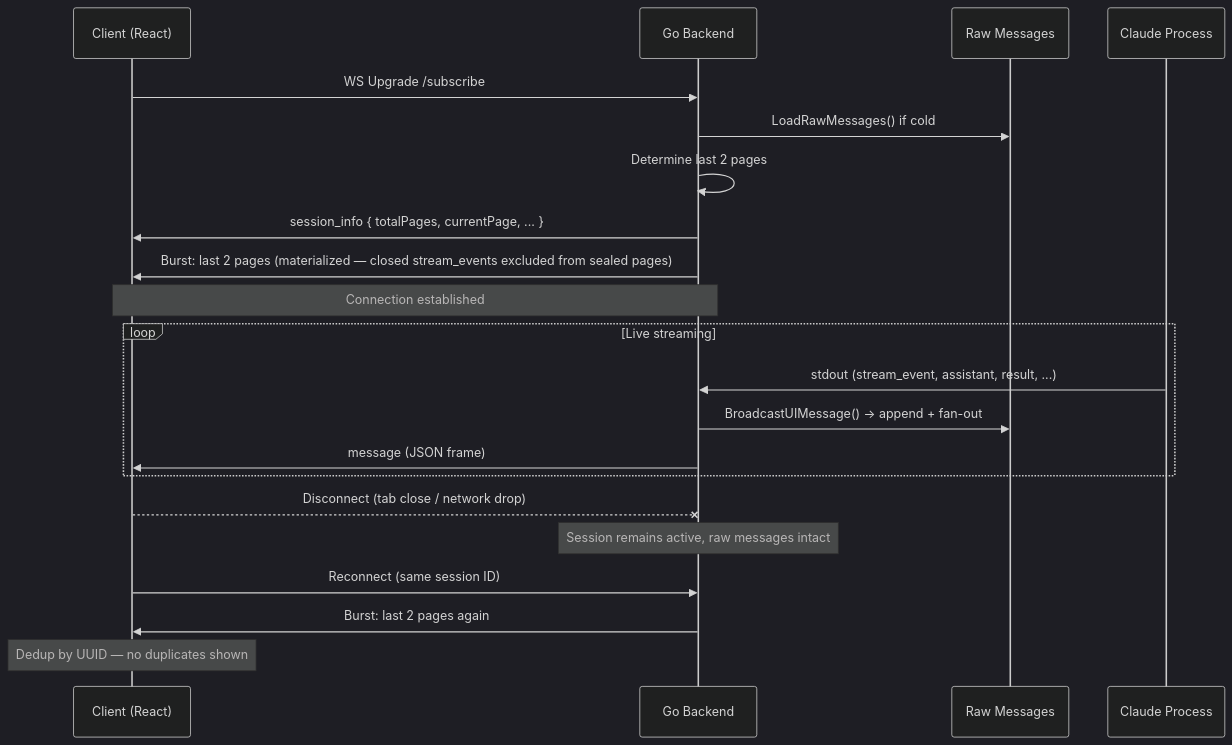
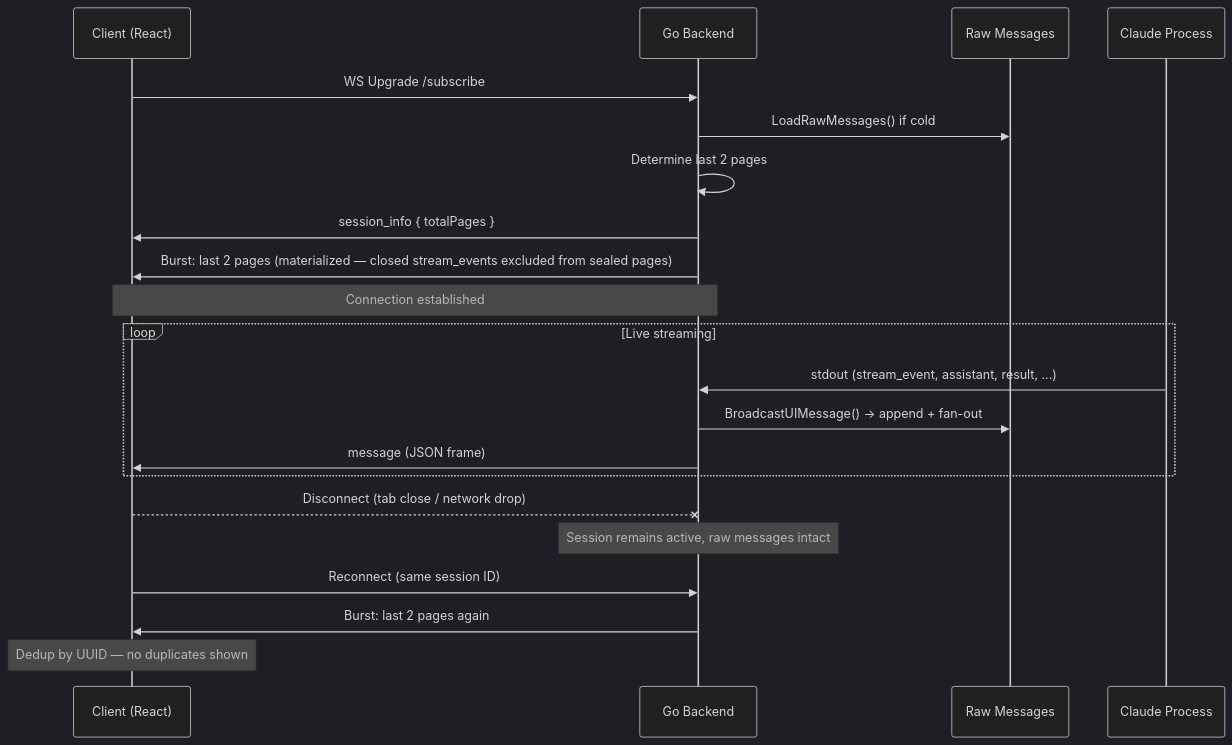
The second of 3 diagrams in src/content/docs/internal/claude-code/session-messages-review.md (xiaoyuanzhu-com/my-life-db-docs), drawn with Mermaid (dark theme) before and after one commit. The commit also changed other lines of this file, not shown here.

First line of the commit message:
docs: simplify session_info and refine pagination tracking in session messages review

````diff
--- a/src/content/docs/internal/claude-code/session-messages-review.md
+++ b/src/content/docs/internal/claude-code/session-messages-review.md
@@ -164,27 +164,27 @@
 ```mermaid
 sequenceDiagram
     participant C as Client (React)
     participant S as Go Backend
     participant RM as Raw Messages
     participant Proc as Claude Process
 
     C->>S: WS Upgrade /subscribe
     S->>RM: LoadRawMessages() if cold
     S->>S: Determine last 2 pages
-    S->>C: session_info { totalPages, currentPage, ... }
+    S->>C: session_info { totalPages }
     S->>C: Burst: last 2 pages (materialized — closed stream_events excluded from sealed pages)
     Note over C,S: Connection established
 
     loop Live streaming
         Proc->>S: stdout (stream_event, assistant, result, ...)
         S->>RM: BroadcastUIMessage() → append + fan-out
         S->>C: message (JSON frame)
     end
 
     C--xS: Disconnect (tab close / network drop)
     Note over S: Session remains active, raw messages intact
 
     C->>S: Reconnect (same session ID)
     S->>C: Burst: last 2 pages again
     Note over C: Dedup by UUID — no duplicates shown
 ```
````
